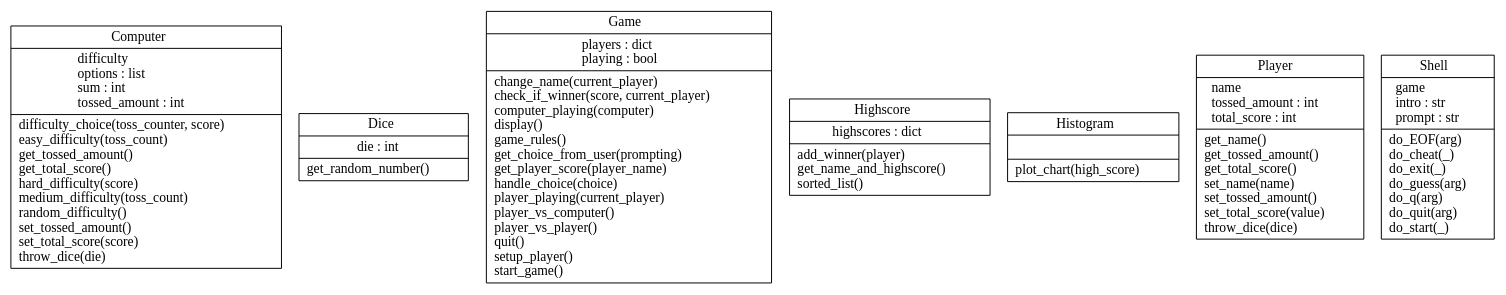
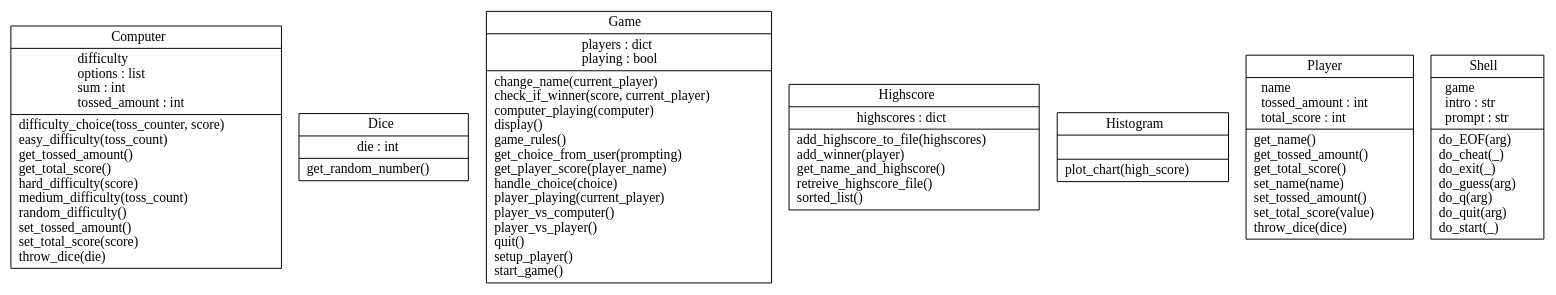
One commit to marcusgostasson/PigDiceGame changed the diagram in classes.dot. Above: the diagram before and after it, drawn with Graphviz. The commit also changed 1 other file, not shown here.

```diff
--- a/classes.dot
+++ b/classes.dot
@@ -1,11 +1,11 @@
 digraph "classes" {
 rankdir=BT
 charset="utf-8"
 "PigDiceGame.computer.Computer" [color="black", fontcolor="black", label=<{Computer|difficulty<br ALIGN="LEFT"/>options : list<br ALIGN="LEFT"/>sum : int<br ALIGN="LEFT"/>tossed_amount : int<br ALIGN="LEFT"/>|difficulty_choice(toss_counter, score)<br ALIGN="LEFT"/>easy_difficulty(toss_count)<br ALIGN="LEFT"/>get_tossed_amount()<br ALIGN="LEFT"/>get_total_score()<br ALIGN="LEFT"/>hard_difficulty(score)<br ALIGN="LEFT"/>medium_difficulty(toss_count)<br ALIGN="LEFT"/>random_difficulty()<br ALIGN="LEFT"/>set_tossed_amount()<br ALIGN="LEFT"/>set_total_score(score)<br ALIGN="LEFT"/>throw_dice(die)<br ALIGN="LEFT"/>}>, shape="record", style="solid"];
 "PigDiceGame.dice.Dice" [color="black", fontcolor="black", label=<{Dice|die : int<br ALIGN="LEFT"/>|get_random_number()<br ALIGN="LEFT"/>}>, shape="record", style="solid"];
 "PigDiceGame.game.Game" [color="black", fontcolor="black", label=<{Game|players : dict<br ALIGN="LEFT"/>playing : bool<br ALIGN="LEFT"/>|change_name(current_player)<br ALIGN="LEFT"/>check_if_winner(score, current_player)<br ALIGN="LEFT"/>computer_playing(computer)<br ALIGN="LEFT"/>display()<br ALIGN="LEFT"/>game_rules()<br ALIGN="LEFT"/>get_choice_from_user(prompting)<br ALIGN="LEFT"/>get_player_score(player_name)<br ALIGN="LEFT"/>handle_choice(choice)<br ALIGN="LEFT"/>player_playing(current_player)<br ALIGN="LEFT"/>player_vs_computer()<br ALIGN="LEFT"/>player_vs_player()<br ALIGN="LEFT"/>quit()<br ALIGN="LEFT"/>setup_player()<br ALIGN="LEFT"/>start_game()<br ALIGN="LEFT"/>}>, shape="record", style="solid"];
-"PigDiceGame.highscore.Highscore" [color="black", fontcolor="black", label=<{Highscore|highscores : dict<br ALIGN="LEFT"/>|add_winner(player)<br ALIGN="LEFT"/>get_name_and_highscore()<br ALIGN="LEFT"/>sorted_list()<br ALIGN="LEFT"/>}>, shape="record", style="solid"];
+"PigDiceGame.highscore.Highscore" [color="black", fontcolor="black", label=<{Highscore|highscores : dict<br ALIGN="LEFT"/>|add_highscore_to_file(highscores)<br ALIGN="LEFT"/>add_winner(player)<br ALIGN="LEFT"/>get_name_and_highscore()<br ALIGN="LEFT"/>retreive_highscore_file()<br ALIGN="LEFT"/>sorted_list()<br ALIGN="LEFT"/>}>, shape="record", style="solid"];
 "PigDiceGame.histogram.Histogram" [color="black", fontcolor="black", label=<{Histogram|<br ALIGN="LEFT"/>|plot_chart(high_score)<br ALIGN="LEFT"/>}>, shape="record", style="solid"];
 "PigDiceGame.player.Player" [color="black", fontcolor="black", label=<{Player|name<br ALIGN="LEFT"/>tossed_amount : int<br ALIGN="LEFT"/>total_score : int<br ALIGN="LEFT"/>|get_name()<br ALIGN="LEFT"/>get_tossed_amount()<br ALIGN="LEFT"/>get_total_score()<br ALIGN="LEFT"/>set_name(name)<br ALIGN="LEFT"/>set_tossed_amount()<br ALIGN="LEFT"/>set_total_score(value)<br ALIGN="LEFT"/>throw_dice(dice)<br ALIGN="LEFT"/>}>, shape="record", style="solid"];
 "PigDiceGame.shell.Shell" [color="black", fontcolor="black", label=<{Shell|game<br ALIGN="LEFT"/>intro : str<br ALIGN="LEFT"/>prompt : str<br ALIGN="LEFT"/>|do_EOF(arg)<br ALIGN="LEFT"/>do_cheat(_)<br ALIGN="LEFT"/>do_exit(_)<br ALIGN="LEFT"/>do_guess(arg)<br ALIGN="LEFT"/>do_q(arg)<br ALIGN="LEFT"/>do_quit(arg)<br ALIGN="LEFT"/>do_start(_)<br ALIGN="LEFT"/>}>, shape="record", style="solid"];
 }
```
